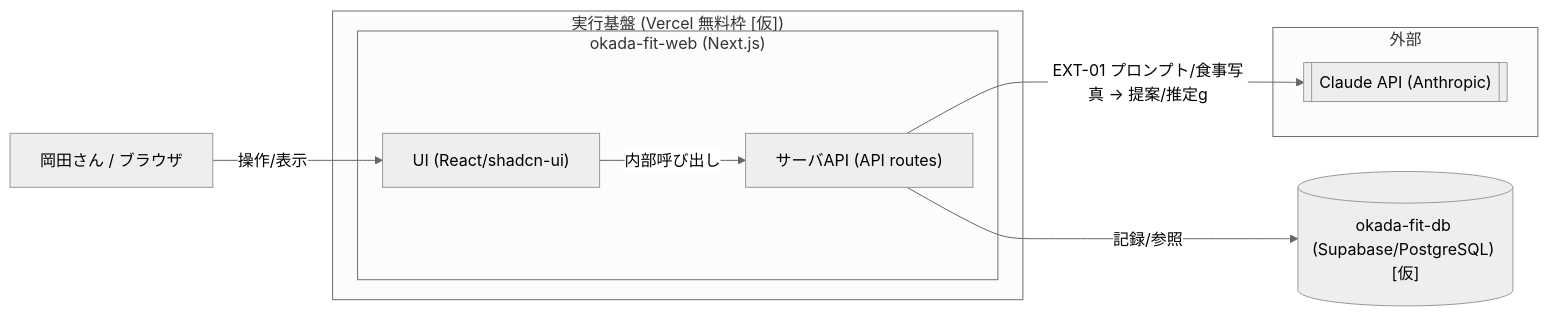
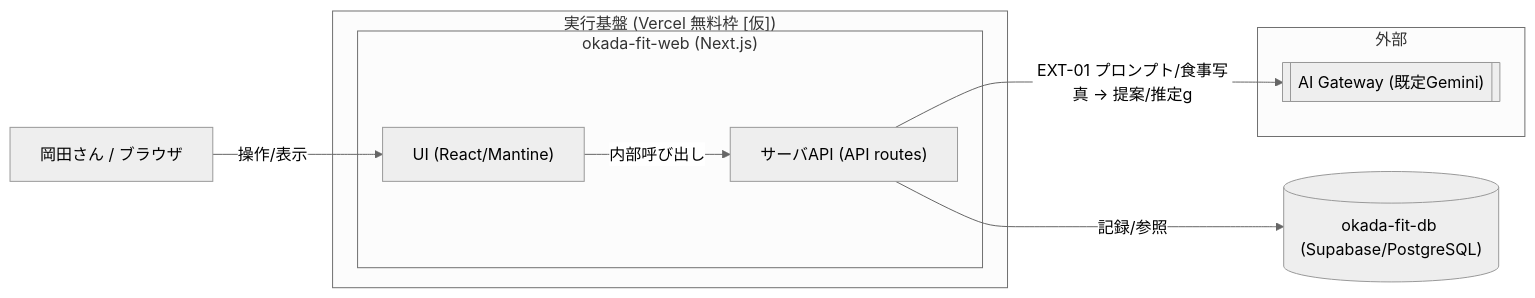
Before and after one commit to k-okada51/okada-fit: the diagram in docs/02_設計/10_システム基本設計/01_構成要素.md, drawn with Mermaid (neutral theme). The commit also changed other lines of this file and 10 other files, not shown here.

````diff
--- a/docs/02_設計/10_システム基本設計/01_構成要素.md
+++ b/docs/02_設計/10_システム基本設計/01_構成要素.md
@@ -39,18 +39,18 @@
 ```mermaid
 flowchart LR
   subgraph EXT[外部]
-    CLAUDE[["Claude API (Anthropic)"]]
+    AIGW[["AI Gateway (既定Gemini)"]]
   end
   subgraph SYS["実行基盤 (Vercel 無料枠 [仮])"]
     subgraph WEB["okada-fit-web (Next.js)"]
-      UI["UI (React/shadcn-ui)"]
+      UI["UI (React/Mantine)"]
       API["サーバAPI (API routes)"]
     end
   end
-  DB[("okada-fit-db (Supabase/PostgreSQL) [仮]")]
+  DB[("okada-fit-db (Supabase/PostgreSQL)")]
 
   U["岡田さん / ブラウザ"] -- 操作/表示 --> UI
   UI -- 内部呼び出し --> API
   API -- 記録/参照 --> DB
-  API -- "EXT-01 プロンプト/食事写真 → 提案/推定g" --> CLAUDE
+  API -- "EXT-01 プロンプト/食事写真 → 提案/推定g" --> AIGW
 ```
````
